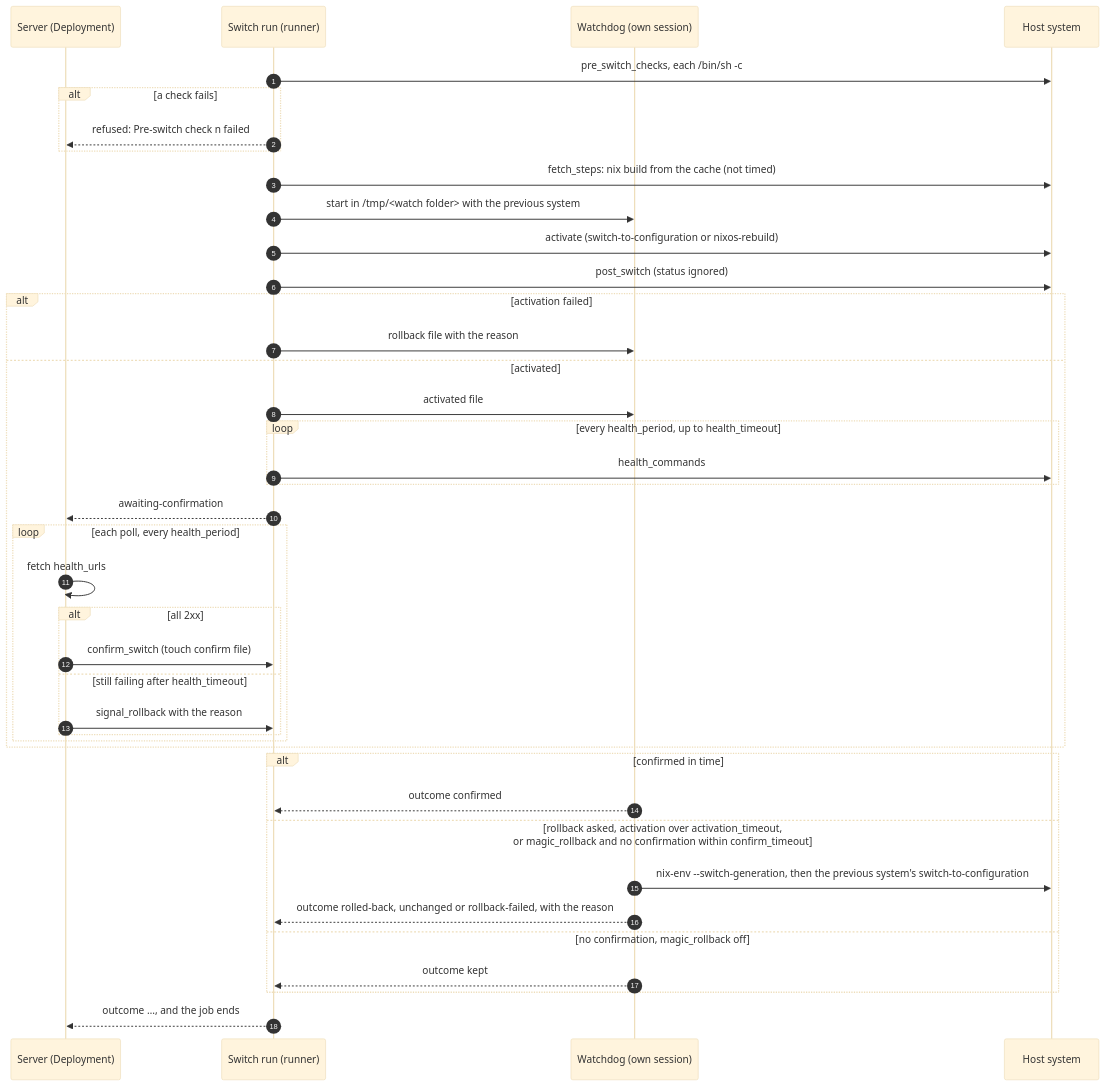
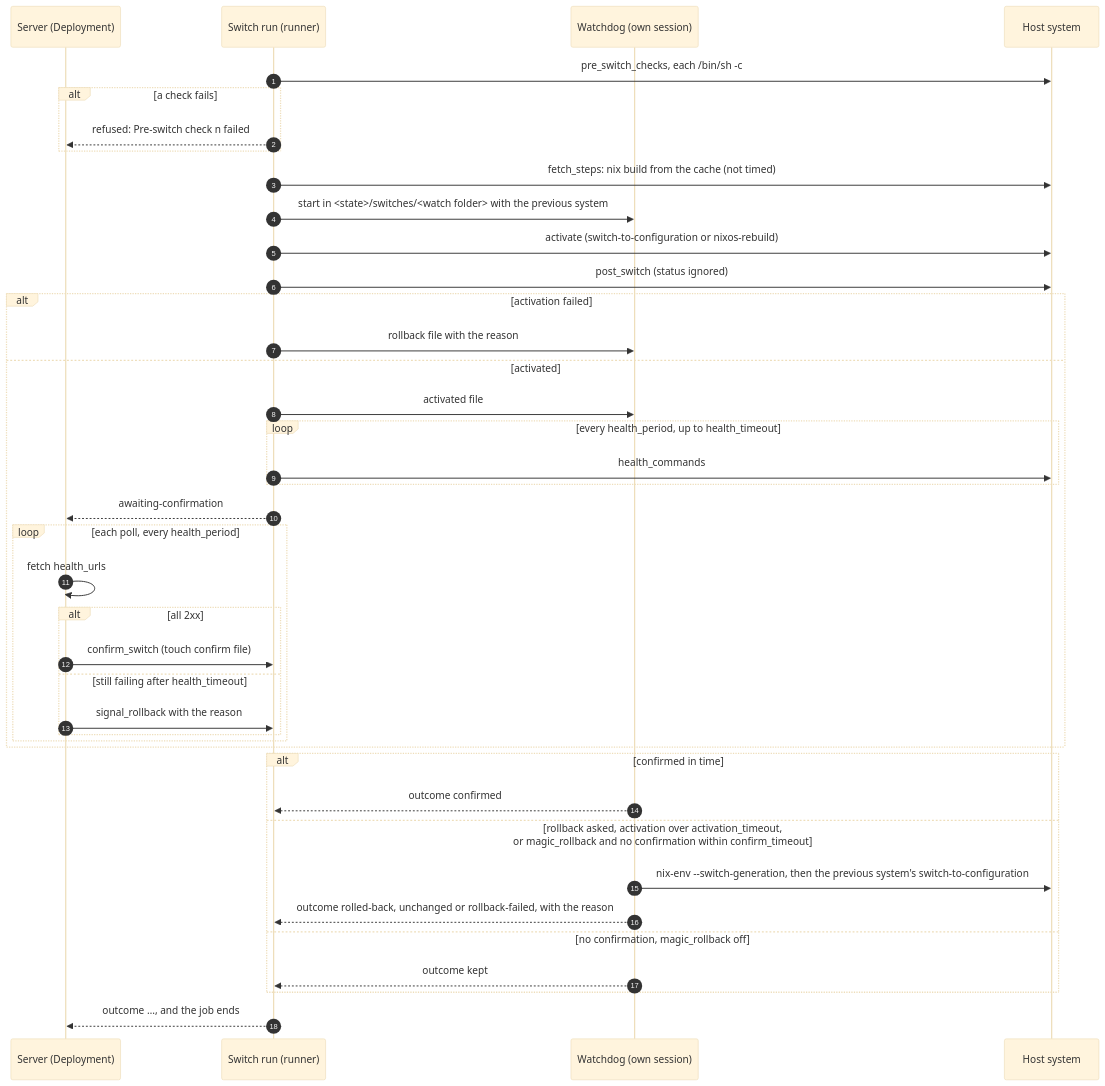
Before and after one commit to x-tech-laboratories/X-Nix: the ninth of 20 diagrams in docs/developer/flows.md, drawn with Mermaid (base theme). The commit also changed 136 other files, not shown here.

````diff
--- a/docs/developer/flows.md
+++ b/docs/developer/flows.md
@@ -231,43 +231,43 @@
 ```mermaid
 sequenceDiagram
     autonumber
     participant server as Server (Deployment)
     participant run as Switch run (runner)
     participant wd as Watchdog (own session)
     participant host as Host system
 
     run->>host: pre_switch_checks, each /bin/sh -c
     alt a check fails
         run-->>server: refused: Pre-switch check n failed
     end
     run->>host: fetch_steps: nix build from the cache (not timed)
-    run->>wd: start in /tmp/<watch folder> with the previous system
+    run->>wd: start in <state>/switches/<watch folder> with the previous system
     run->>host: activate (switch-to-configuration or nixos-rebuild)
     run->>host: post_switch (status ignored)
     alt activation failed
         run->>wd: rollback file with the reason
     else activated
         run->>wd: activated file
         loop every health_period, up to health_timeout
             run->>host: health_commands
         end
         run-->>server: awaiting-confirmation
         loop each poll, every health_period
             server->>server: fetch health_urls
             alt all 2xx
                 server->>run: confirm_switch (touch confirm file)
             else still failing after health_timeout
                 server->>run: signal_rollback with the reason
             end
         end
     end
     alt confirmed in time
         wd-->>run: outcome confirmed
     else rollback asked, activation over activation_timeout,<br/>or magic_rollback and no confirmation within confirm_timeout
         wd->>host: nix-env --switch-generation, then the previous system's switch-to-configuration
         wd-->>run: outcome rolled-back, unchanged or rollback-failed, with the reason
     else no confirmation, magic_rollback off
         wd-->>run: outcome kept
     end
     run-->>server: outcome …, and the job ends
 ```
````
